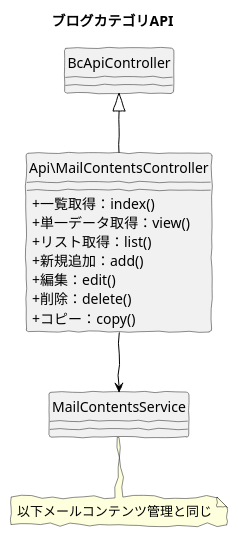
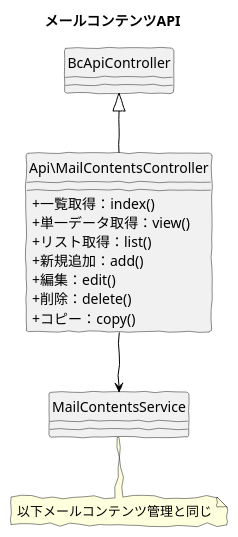
One commit to baserproject/baserproject.github.io changed the diagram in src/puml/5/ucmitz/svg/class/bc-mail/api_mail_contents.puml. Above: the diagram before and after it, drawn with PlantUML. The commit also changed 9 other files, not shown here.

```diff
--- a/src/puml/5/ucmitz/svg/class/bc-mail/api_mail_contents.puml
+++ b/src/puml/5/ucmitz/svg/class/bc-mail/api_mail_contents.puml
@@ -1,25 +1,25 @@
 @startuml
 skinparam handwritten true
 skinparam backgroundColor white
 hide circle
 skinparam classAttributeIconSize 0
 
-title ブログカテゴリAPI
+title メールコンテンツAPI
 
 class Api\MailContentsController {
   + 一覧取得：index()
   + 単一データ取得：view()
   + リスト取得：list()
   + 新規追加：add()
   + 編集：edit()
   + 削除：delete()
   + コピー：copy()
 }
 
 Api\MailContentsController -down[#Black]-> MailContentsService
 Api\MailContentsController -up[#Black]-|> BcApiController
 
 note "以下メールコンテンツ管理と同じ" as note
 MailContentsService .. note
 
 @enduml
```
